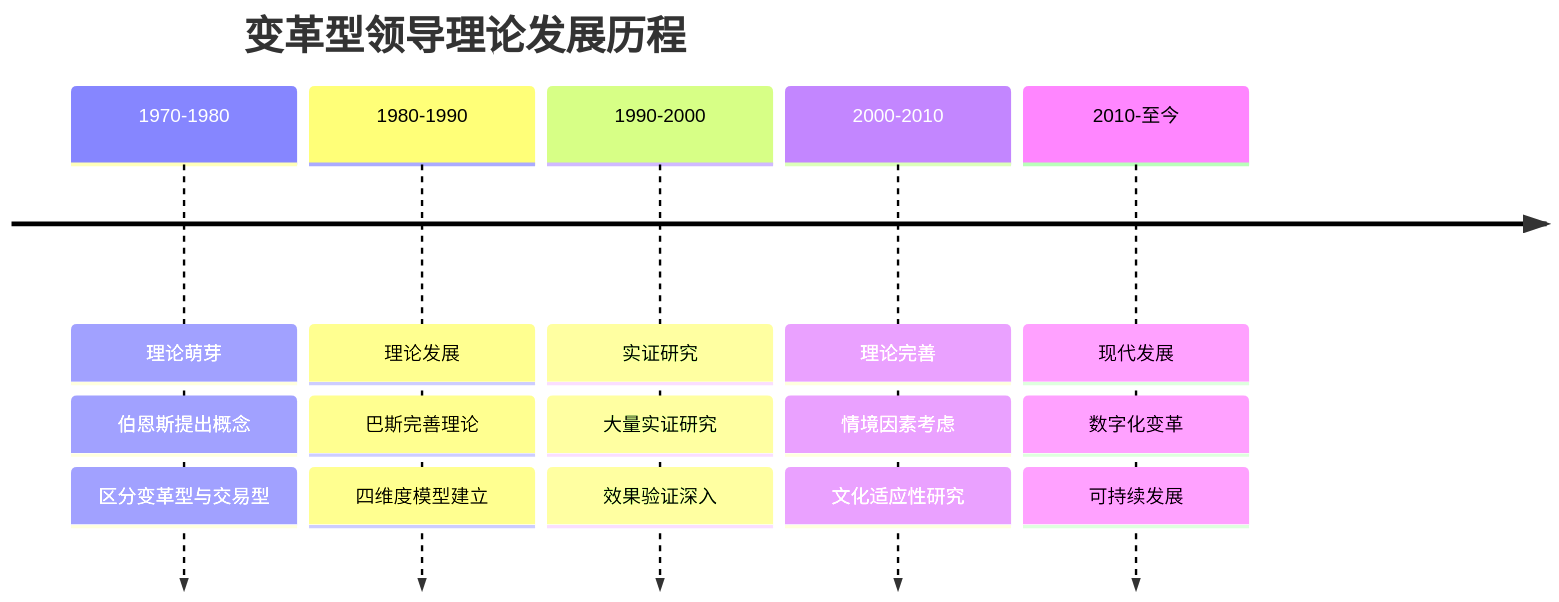
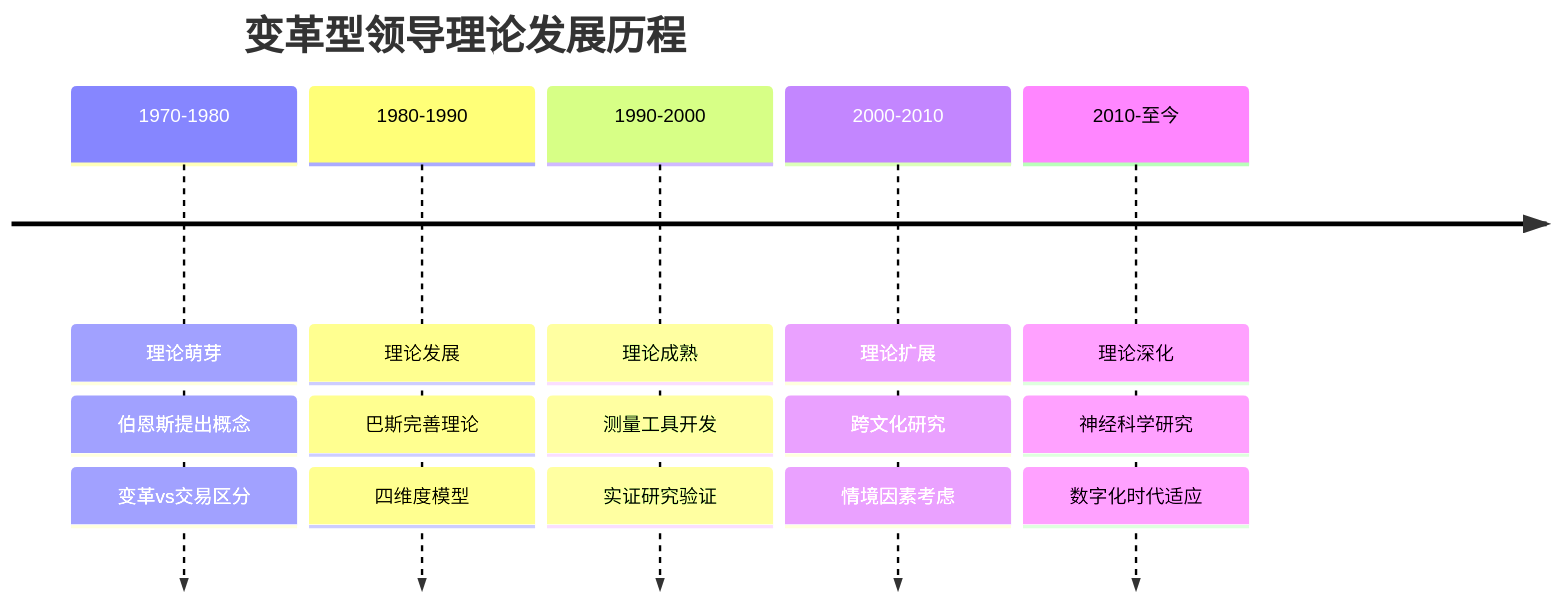
The second of 8 diagrams in 企业领导力/02-理论理解层/现代领导理论/01-变革型领导.md (Anping2017/obsidian), drawn with Mermaid before and after one commit. The commit also changed other lines of this file and 8 other files, not shown here.

````diff
--- a/企业领导力/02-理论理解层/现代领导理论/01-变革型领导.md
+++ b/企业领导力/02-理论理解层/现代领导理论/01-变革型领导.md
@@ -17,24 +38,24 @@
 ```mermaid
 timeline
     title 变革型领导理论发展历程
     
     1970-1980 : 理论萌芽
                 : 伯恩斯提出概念
-                : 区分变革型与交易型
+                : 变革vs交易区分
     
     1980-1990 : 理论发展
                 : 巴斯完善理论
-                : 四维度模型建立
+                : 四维度模型
     
-    1990-2000 : 实证研究
-                : 大量实证研究
-                : 效果验证深入
+    1990-2000 : 理论成熟
+                : 测量工具开发
+                : 实证研究验证
     
-    2000-2010 : 理论完善
+    2000-2010 : 理论扩展
+                : 跨文化研究
                 : 情境因素考虑
-                : 文化适应性研究
     
-    2010-至今 : 现代发展
-                : 数字化变革
-                : 可持续发展
+    2010-至今 : 理论深化
+                : 神经科学研究
+                : 数字化时代适应
 ```
````
